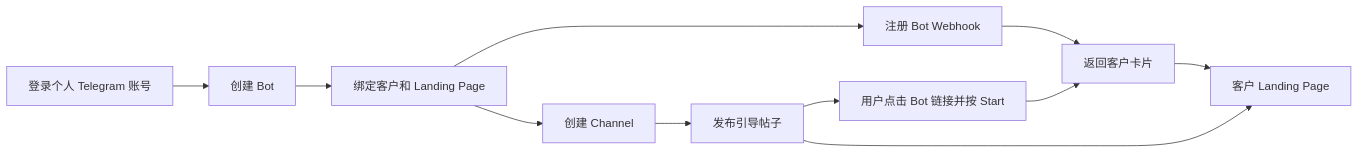
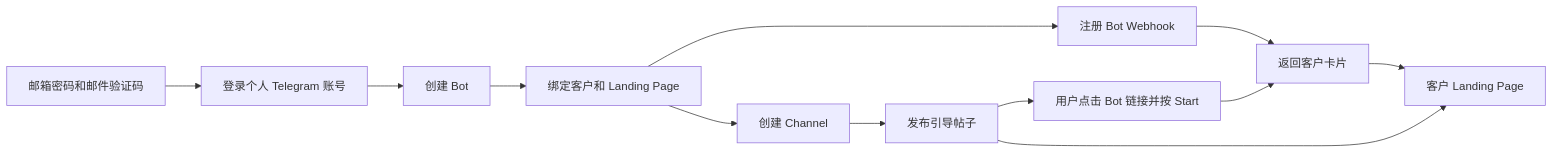
One commit to gatherstar101/telegram-card-bot changed the diagram in README.md. Above: the diagram before and after it, drawn with Mermaid. The commit also changed other lines of this file and 19 other files, not shown here.

````diff
--- a/README.md
+++ b/README.md
@@ -48,13 +52,13 @@
 ```mermaid
 flowchart LR
-    A[登录个人 Telegram 账号] --> B[创建 Bot]
+    U[邮箱密码和邮件验证码] --> A[登录个人 Telegram 账号] --> B[创建 Bot]
     B --> C[绑定客户和 Landing Page]
     C --> D[注册 Bot Webhook]
     C --> E[创建 Channel]
     E --> F[发布引导帖子]
     F --> G[用户点击 Bot 链接并按 Start]
     D --> H[返回客户卡片]
     G --> H
     H --> I[客户 Landing Page]
     F --> I
 ```
````
